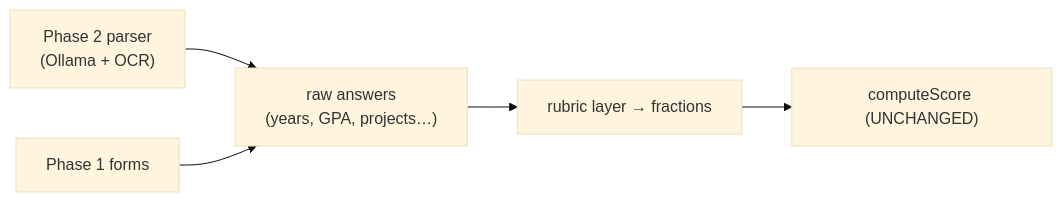
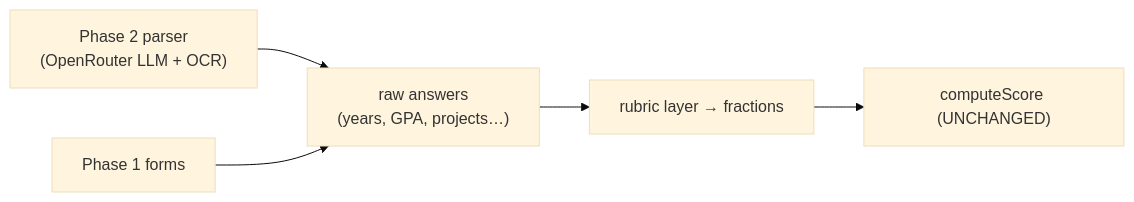
The fourth of 5 diagrams in docs/architecture/03-scoring-engine.md (yashranaway/stabil), drawn with Mermaid (base theme) before and after one commit. The commit also changed other lines of this file and 27 other files, not shown here.

First line of the commit message:
Docs: switch AI provider from self-hosted Ollama to OpenRouter

````diff
--- a/docs/architecture/03-scoring-engine.md
+++ b/docs/architecture/03-scoring-engine.md
@@ -652,7 +652,7 @@
 ```mermaid
 flowchart LR
-  PR["Phase 2 parser<br/>(Ollama + OCR)"] --> RA["raw answers<br/>(years, GPA, projects…)"]
+  PR["Phase 2 parser<br/>(OpenRouter LLM + OCR)"] --> RA["raw answers<br/>(years, GPA, projects…)"]
   FORM["Phase 1 forms"] --> RA
   RA --> RUB["rubric layer → fractions"]
   RUB --> ENG["computeScore (UNCHANGED)"]
 ```
````
